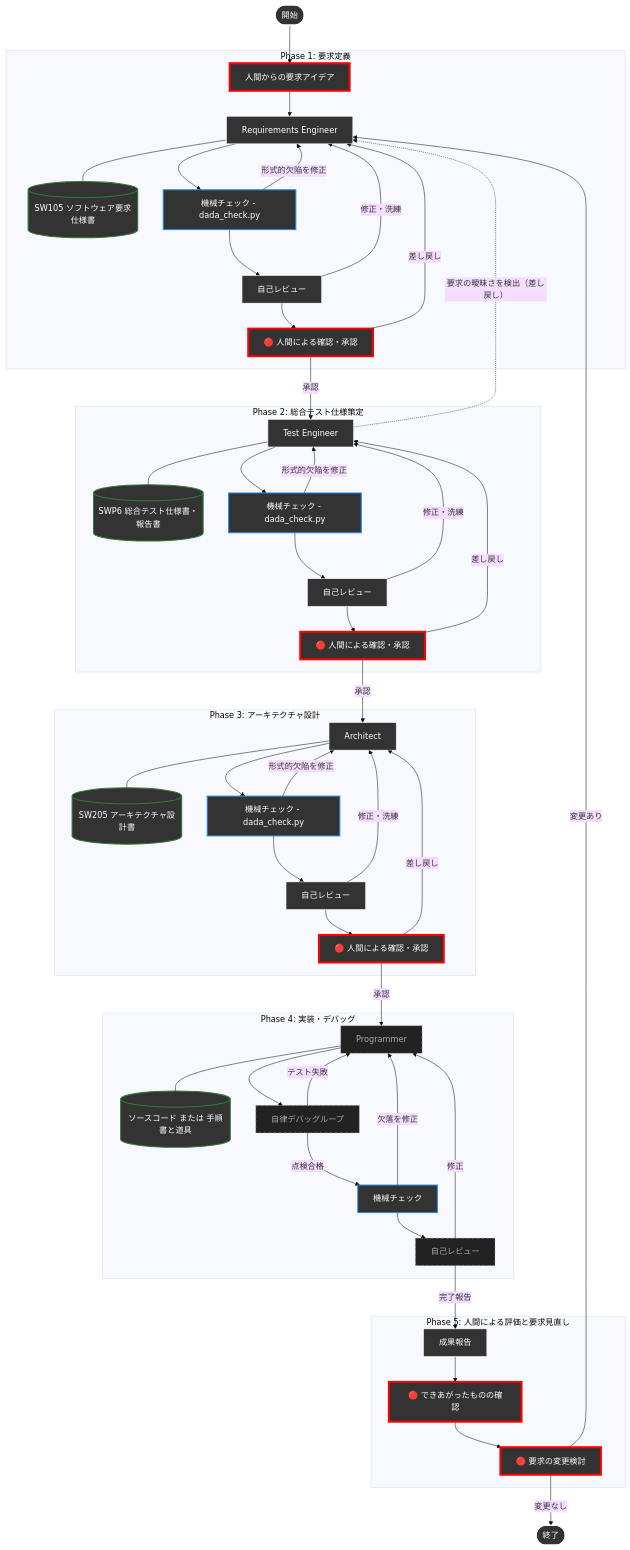
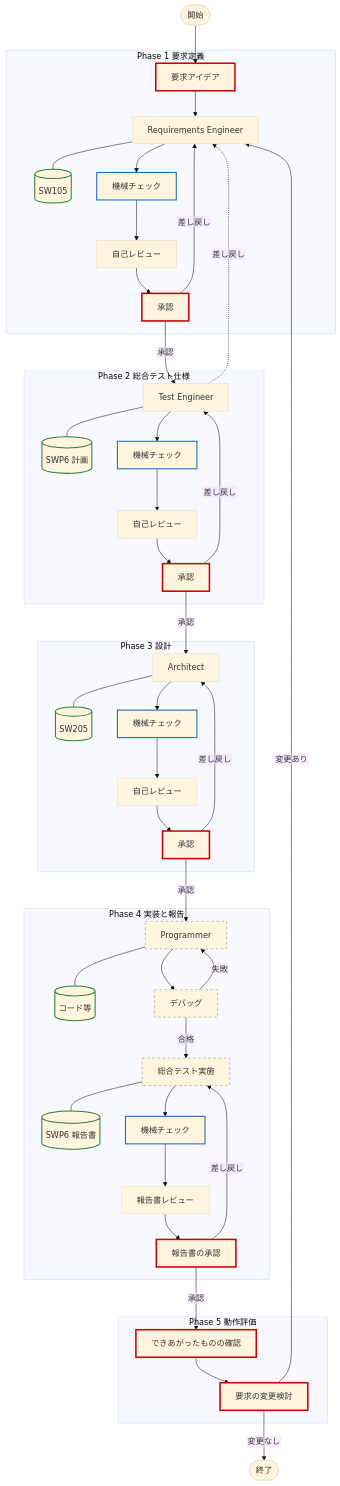
Before and after one commit to yamaPiT/DADAProcess: the first of 7 diagrams in README.md, drawn with Mermaid (base theme). The commit also changed other lines of this file and 32 other files, not shown here.

````diff
--- a/README.md
+++ b/README.md
@@ -122,71 +368,63 @@
 ```mermaid
+%%{init: {"flowchart": {"htmlLabels": false, "wrappingWidth": 999}}}%%
 graph TD
-    Start(["開始"]) --> UserReq["人間からの要求アイデア"]
+    Start(["開始"]) --> UserReq["要求アイデア"]
 
-    subgraph P1 ["Phase 1: 要求定義"]
+    subgraph P1 ["Phase 1 要求定義"]
         UserReq --> Req["Requirements Engineer"]
-        Req --- ReqDoc[("SW105 ソフトウェア要求仕様書")]
-        Req --> ReqChk["機械チェック - dada_check.py"]
-        ReqChk -- 形式的欠陥を修正 --> Req
+        Req --- ReqDoc[("SW105")]
+        Req --> ReqChk["機械チェック"]
         ReqChk --> ReqRev["自己レビュー"]
-        ReqRev -- 修正・洗練 --> Req
-        ReqRev --> ReqHum["🔴 人間による確認・承認"]
-        ReqHum -- 差し戻し --> Req
+        ReqRev --> ReqHum["承認"]
+        ReqHum -->|差し戻し| Req
     end
 
-    subgraph P2 ["Phase 2: 総合テスト仕様策定"]
-        ReqHum -- 承認 --> TestPlan["Test Engineer"]
-        TestPlan --- TestDoc[("SWP6 総合テスト仕様書・報告書")]
-        TestPlan --> TestChk["機械チェック - dada_check.py"]
-        TestChk -- 形式的欠陥を修正 --> TestPlan
+    subgraph P2 ["Phase 2 総合テスト仕様"]
+        ReqHum -->|承認| TestPlan["Test Engineer"]
+        TestPlan --- TestDoc[("SWP6 計画")]
+        TestPlan --> TestChk["機械チェック"]
         TestChk --> TestRev["自己レビュー"]
-        TestRev -- 修正・洗練 --> TestPlan
-        TestRev --> TestHum["🔴 人間による確認・承認"]
-        TestHum -- 差し戻し --> TestPlan
+        TestRev --> TestHum["承認"]
+        TestHum -->|差し戻し| TestPlan
     end
-    TestPlan -. 要求の曖昧さを検出（差し戻し） .-> Req
+    TestPlan -.->|差し戻し| Req
 
-    subgraph P3 ["Phase 3: アーキテクチャ設計"]
-        TestHum -- 承認 --> Arch["Architect"]
-        Arch --- ArchDoc[("SW205 アーキテクチャ設計書")]
-        Arch --> ArchChk["機械チェック - dada_check.py"]
-        ArchChk -- 形式的欠陥を修正 --> Arch
+    subgraph P3 ["Phase 3 設計"]
+        TestHum -->|承認| Arch["Architect"]
+        Arch --- ArchDoc[("SW205")]
+        Arch --> ArchChk["機械チェック"]
         ArchChk --> ArchRev["自己レビュー"]
-        ArchRev -- 修正・洗練 --> Arch
-        ArchRev --> ArchHum["🔴 人間による確認・承認"]
-        ArchHum -- 差し戻し --> Arch
+        ArchRev --> ArchHum["承認"]
+        ArchHum -->|差し戻し| Arch
     end
 
-    subgraph P4 ["Phase 4: 実装・デバッグ"]
-        ArchHum -- 承認 --> Impl["Programmer"]
-        Impl --- ProgDoc[("ソースコード または 手順書と道具")]
-        Impl --> ImplLoop["自律デバッグループ"]
-        ImplLoop -- テスト失敗 --> Impl
-        ImplLoop -- 点検合格 --> CodeChk["機械チェック"]
-        CodeChk -- 欠落を修正 --> Impl
-        CodeChk --> CodeRev["自己レビュー"]
-        CodeRev -- 修正 --> Impl
+    subgraph P4 ["Phase 4 実装と報告"]
+        ArchHum -->|承認| Impl["Programmer"]
+        Impl --- ProgDoc[("コード等")]
+        Impl --> ImplLoop["デバッグ"]
+        ImplLoop -->|失敗| Impl
+        ImplLoop -->|合格| SysTest["総合テスト実施"]
+        SysTest --- ReportDoc[("SWP6 報告書")]
+        SysTest --> CodeChk["機械チェック"]
+        CodeChk --> RepRev["報告書レビュー"]
+        RepRev --> ReportHum["報告書の承認"]
+        ReportHum -->|差し戻し| SysTest
     end
 
-    subgraph P5 ["Phase 5: 人間による評価と要求見直し"]
-        CodeRev -- 完了報告 --> Report["成果報告"]
-        Report --> Eval1["🔴 できあがったものの確認"]
-        Eval1 --> Eval2["🔴 要求の変更検討"]
+    subgraph P5 ["Phase 5 動作評価"]
+        ReportHum -->|承認| Eval1["できあがったものの確認"]
+        Eval1 --> Eval2["要求の変更検討"]
     end
-    Eval2 -- 変更あり --> Req
-    Eval2 -- 変更なし --> End(["終了"])
+    Eval2 -->|変更あり| Req
+    Eval2 -->|変更なし| End(["終了"])
 
-    classDef human fill:#333333,stroke:#ff0000,stroke-width:4px,color:#ffffff;
-    classDef agent fill:#333333,stroke:#FFFFFF,stroke-width:1px,color:#ffffff;
-    classDef doc fill:#333333,stroke:#2e7d32,stroke-width:2px,color:#ffffff;
-    classDef tool fill:#333333,stroke:#1e88e5,stroke-width:2px,color:#ffffff;
-    classDef hiddenAgent fill:#222222,stroke:#aaaaaa,stroke-width:1px,stroke-dasharray: 5 5,color:#aaaaaa;
-    classDef startEnd fill:#333333,stroke:#ffffff,stroke-width:2px,color:#ffffff;
+    classDef human stroke:#cc0000,stroke-width:3px;
+    classDef tool stroke:#1565c0,stroke-width:2px;
+    classDef doc stroke:#2e7d32,stroke-width:2px;
+    classDef hiddenAgent stroke:#888888,stroke-width:1px,stroke-dasharray: 5 5;
 
-    class UserReq,ReqHum,ArchHum,TestHum,Eval1,Eval2 human;
-    class Req,ReqRev,Arch,ArchRev,TestPlan,TestRev,Report agent;
+    class UserReq,ReqHum,ArchHum,TestHum,ReportHum,Eval1,Eval2 human;
     class ReqChk,TestChk,ArchChk,CodeChk tool;
-    class Impl,ImplLoop,CodeRev hiddenAgent;
-    class ReqDoc,ArchDoc,ProgDoc,TestDoc doc;
-    class Start,End startEnd;
+    class Impl,ImplLoop,SysTest hiddenAgent;
+    class ReqDoc,ArchDoc,ProgDoc,TestDoc,ReportDoc doc;
 ```
````
